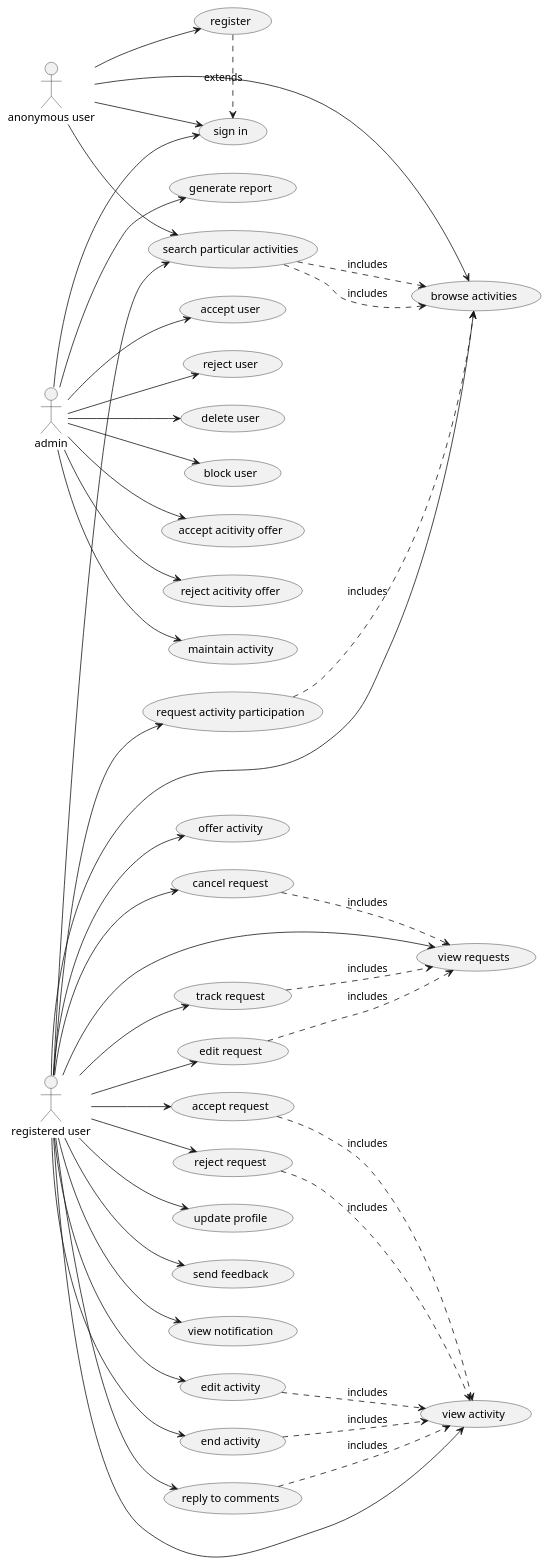
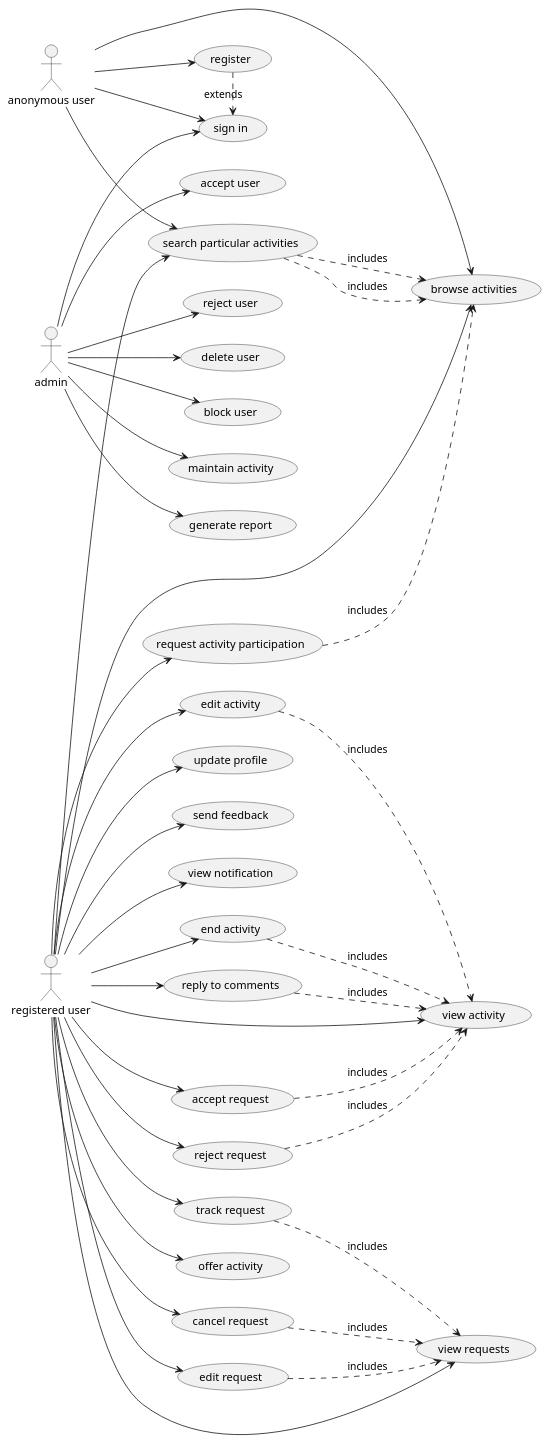
The diagram in diagrams/usecase diagrams/usecases.puml (OmarAlghamdi/swe363-project-react), drawn with PlantUML before and after one commit.

```diff
--- a/diagrams/usecase diagrams/usecases.puml
+++ b/diagrams/usecase diagrams/usecases.puml
@@ -1,54 +1,52 @@
 @startuml
 left to right direction
 
 
 :anonymous user: --> (browse activities)
 :anonymous user: --> (search particular activities)
 (search particular activities) .> (browse activities) : includes
 :anonymous user: --> (register) 
 (register) .> (sign in) : extends
 :anonymous user: --> (sign in)
 
 
 :registered user: --> (update profile)
 :registered user: --> (send feedback)
 :registered user: --> (view notification)
 
 :registered user: --> (browse activities)
 (search particular activities) ..> (browse activities) : includes
 (request activity participation) ..> (browse activities) : includes
 :registered user: --> (search particular activities)
 :registered user: --> (request activity participation)
 
 :registered user: --> (view requests)
 (track request) ..> (view requests) : includes
 (edit request) ..> (view requests) : includes
 (cancel request) ..> (view requests) : includes
 :registered user: --> (track request)
 :registered user: --> (edit request)
 :registered user: --> (cancel request)
 
 :registered user: --> (offer activity)
 :registered user: --> (view activity)
 (accept request) ..> (view activity) : includes
 (reject request) ..> (view activity) : includes
 (edit activity) ..> (view activity) : includes
 (end activity) ..> (view activity) : includes
 (reply to comments) ..> (view activity) : includes
 :registered user: --> (accept request)
 :registered user: --> (reject request)
 :registered user: --> (edit activity)
 :registered user: --> (end activity)
 :registered user: --> (reply to comments)
 
 
 :admin: --> (sign in)
 :admin: --> (accept user)
 :admin: --> (reject user)
 :admin: --> (delete user)
 :admin: --> (block user)
-:admin: --> (accept acitivity offer)
-:admin: --> (reject acitivity offer)
 :admin: --> (maintain activity)
 :admin: --> (generate report)
 @enduml
```
